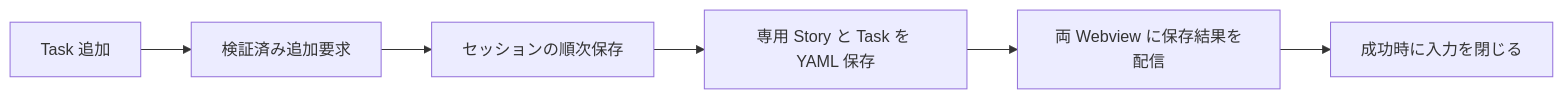
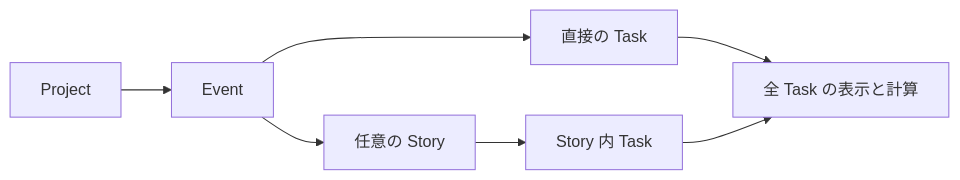
The diagram in docs/replacement-report.md (Glitch-Sound/glitchboard), drawn with Mermaid before and after one commit. The commit also changed other lines of this file and 209 other files, not shown here.

````diff
--- a/docs/replacement-report.md
+++ b/docs/replacement-report.md
@@ -44,8 +30,9 @@
 ```mermaid
 flowchart LR
-    form["Task 追加"] --> operation["検証済み追加要求"]
-    operation --> queue["セッションの順次保存"]
-    queue --> yaml["専用 Story と Task を YAML 保存"]
-    yaml --> snapshot["両 Webview に保存結果を配信"]
-    snapshot --> input["成功時に入力を閉じる"]
+    project["Project"] --> event["Event"]
+    event --> direct["直接の Task"]
+    event --> story["任意の Story"]
+    story --> grouped["Story 内 Task"]
+    direct --> total["全 Task の表示と計算"]
+    grouped --> total
 ```
````
